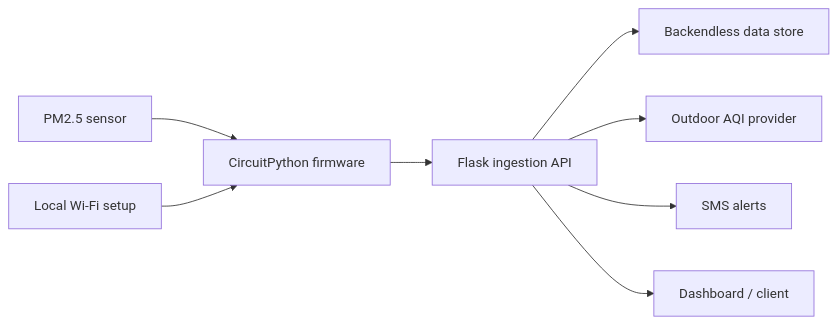
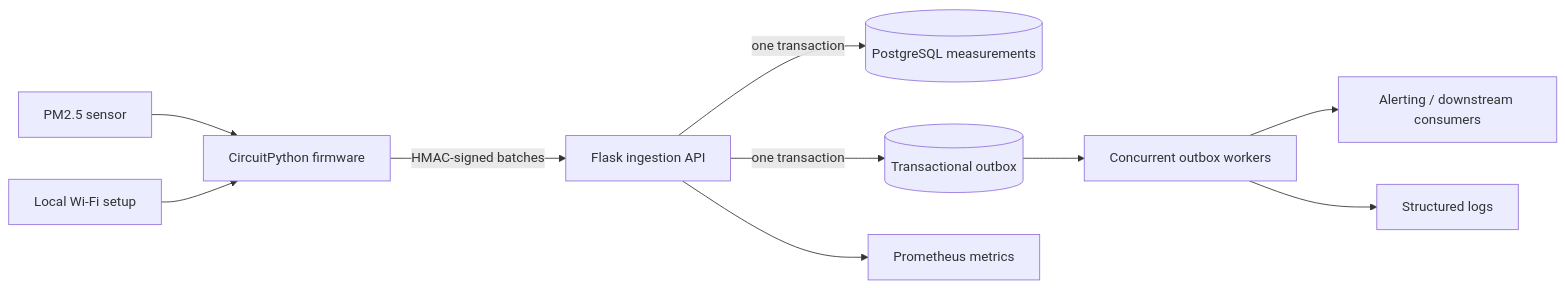
The diagram in README.md (rdfds/myaqi-iot-platform), drawn with Mermaid before and after one commit. The commit also changed other lines of this file and 41 other files, not shown here.

````diff
--- a/README.md
+++ b/README.md
@@ -17,10 +23,12 @@
 ```mermaid
 flowchart LR
     Sensor["PM2.5 sensor"] --> Firmware["CircuitPython firmware"]
     Setup["Local Wi-Fi setup"] --> Firmware
-    Firmware --> API["Flask ingestion API"]
-    API --> Store["Backendless data store"]
-    API --> AQI["Outdoor AQI provider"]
-    API --> Alerts["SMS alerts"]
-    API --> Dashboard["Dashboard / client"]
+    Firmware -->|"HMAC-signed batches"| API["Flask ingestion API"]
+    API -->|"one transaction"| Measurements[("PostgreSQL measurements")]
+    API -->|"one transaction"| Outbox[("Transactional outbox")]
+    Outbox --> Worker["Concurrent outbox workers"]
+    Worker --> Alerts["Alerting / downstream consumers"]
+    API --> Metrics["Prometheus metrics"]
+    Worker --> Logs["Structured logs"]
 ```
````
